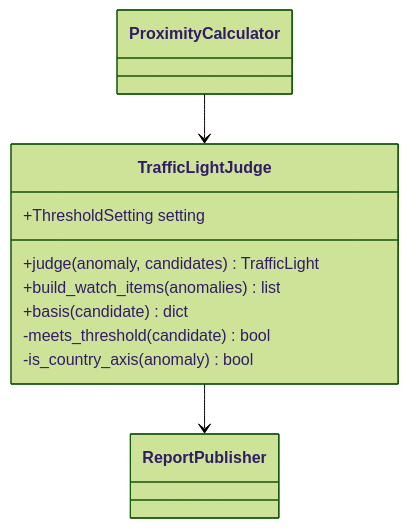
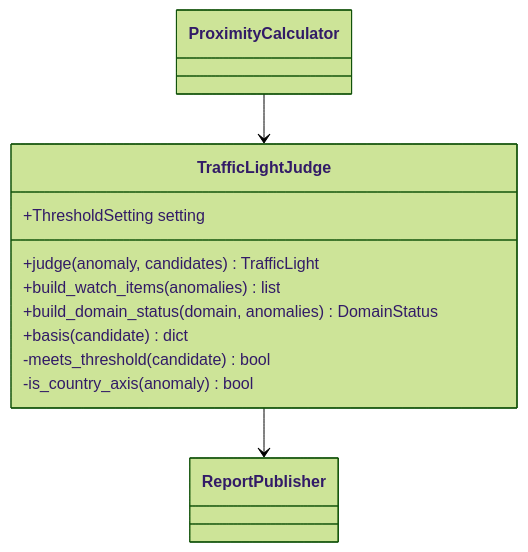
One commit to HoyoungParkme/tableau_platform changed diagram 16 of 29 in docs/specs/06-DOM/TBL-DOM-002.md. Above: the diagram before and after it, drawn with Mermaid (forest theme). The commit also changed other lines of this file, not shown here.

Commit message:
교차 검증 지적 반영: A 리포트 열람 경로(read_report_document·publish_a_report) 신설, 도메인 상태 신호등을 5단계 판정 산출물로 확정(build_domain_status), 클래스 다이어그램을 MS 시그니처에 맞춤(공개·사설 조정, 반환형·llm 인자), 3장 대괄호 참조 정정, 개정 서술을 현재 상태 서술로 교체

````diff
--- a/docs/specs/06-DOM/TBL-DOM-002.md
+++ b/docs/specs/06-DOM/TBL-DOM-002.md
@@ -684,13 +692,14 @@
 ```mermaid
 classDiagram
   class TrafficLightJudge {
     +ThresholdSetting setting
     +judge(anomaly, candidates) TrafficLight
     +build_watch_items(anomalies) list
+    +build_domain_status(domain, anomalies) DomainStatus
     +basis(candidate) dict
     -meets_threshold(candidate) bool
     -is_country_axis(anomaly) bool
   }
   ProximityCalculator --> TrafficLightJudge
   TrafficLightJudge --> ReportPublisher
 ```
````
